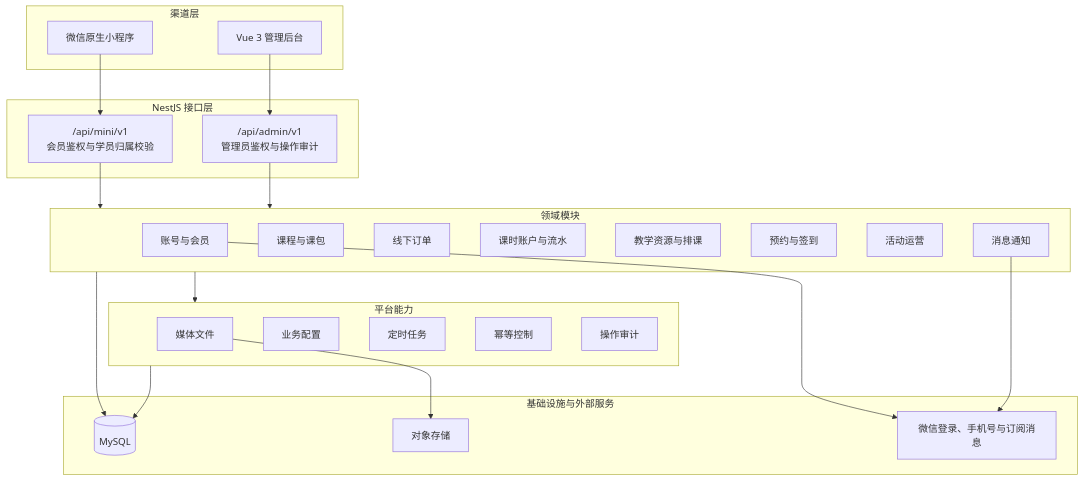
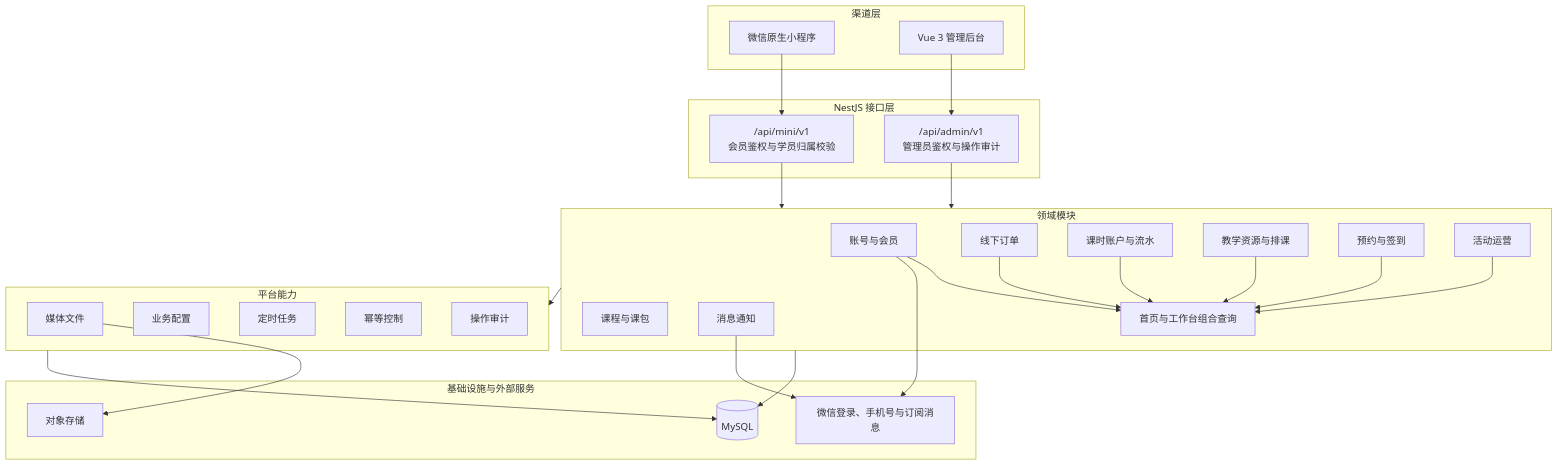
One commit to Broccoli-X/member-course-miniapp changed the first of 4 diagrams in docs/superpowers/specs/2026-07-23-member-course-miniapp-design.md. Above: the diagram before and after it, drawn with Mermaid. The commit also changed other lines of this file and 3 other files, not shown here.

```diff
--- a/docs/superpowers/specs/2026-07-23-member-course-miniapp-design.md
+++ b/docs/superpowers/specs/2026-07-23-member-course-miniapp-design.md
@@ -63,48 +64,55 @@
 ~~~mermaid
 flowchart TB
     subgraph CHANNEL["渠道层"]
         MINI["微信原生小程序"]
         ADMIN["Vue 3 管理后台"]
     end
 
     subgraph API["NestJS 接口层"]
         MINI_API["/api/mini/v1<br/>会员鉴权与学员归属校验"]
         ADMIN_API["/api/admin/v1<br/>管理员鉴权与操作审计"]
     end
 
     subgraph DOMAIN["领域模块"]
         IDENTITY["账号与会员"]
         CATALOG["课程与课包"]
         ORDER["线下订单"]
         HOURS["课时账户与流水"]
         SCHEDULE["教学资源与排课"]
         BOOKING["预约与签到"]
         ACTIVITY["活动运营"]
         NOTIFY["消息通知"]
+        HOME_QUERY["首页与工作台组合查询"]
     end
 
     subgraph PLATFORM["平台能力"]
         MEDIA["媒体文件"]
         CONFIG["业务配置"]
         JOBS["定时任务"]
         IDEMPOTENCY["幂等控制"]
         AUDIT["操作审计"]
     end
 
     subgraph INFRA["基础设施与外部服务"]
         MYSQL[("MySQL")]
         OBJECT["对象存储"]
         WECHAT["微信登录、手机号与订阅消息"]
     end
 
     MINI --> MINI_API
     ADMIN --> ADMIN_API
     MINI_API --> DOMAIN
     ADMIN_API --> DOMAIN
+    IDENTITY --> HOME_QUERY
+    ORDER --> HOME_QUERY
+    HOURS --> HOME_QUERY
+    SCHEDULE --> HOME_QUERY
+    BOOKING --> HOME_QUERY
+    ACTIVITY --> HOME_QUERY
     DOMAIN --> PLATFORM
     DOMAIN --> MYSQL
     PLATFORM --> MYSQL
     MEDIA --> OBJECT
     IDENTITY --> WECHAT
     NOTIFY --> WECHAT
 ~~~
```
